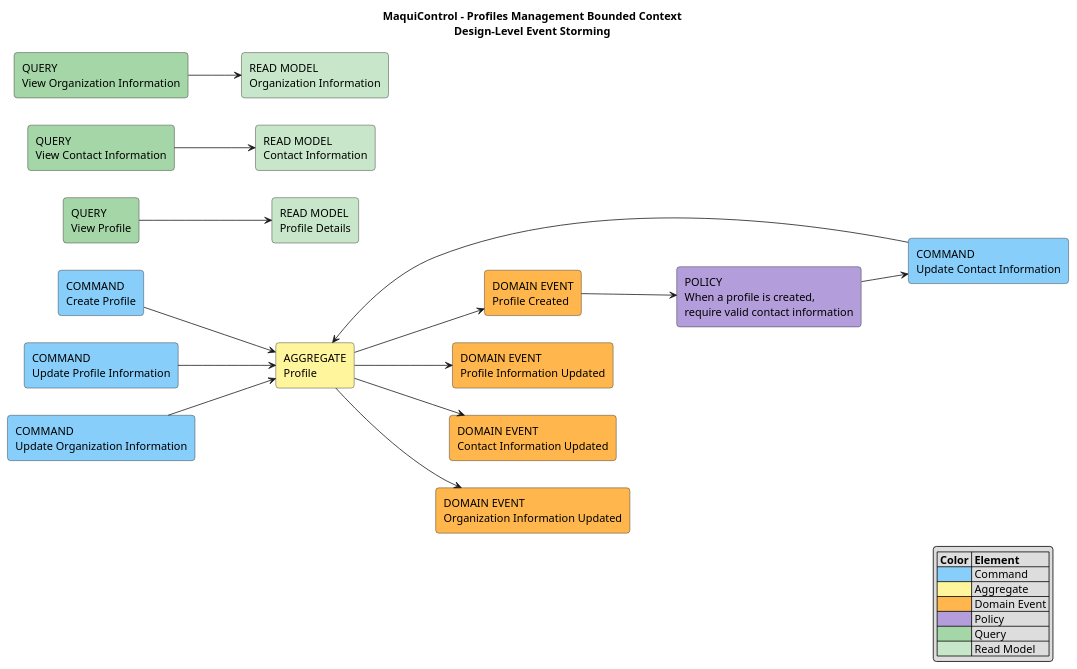
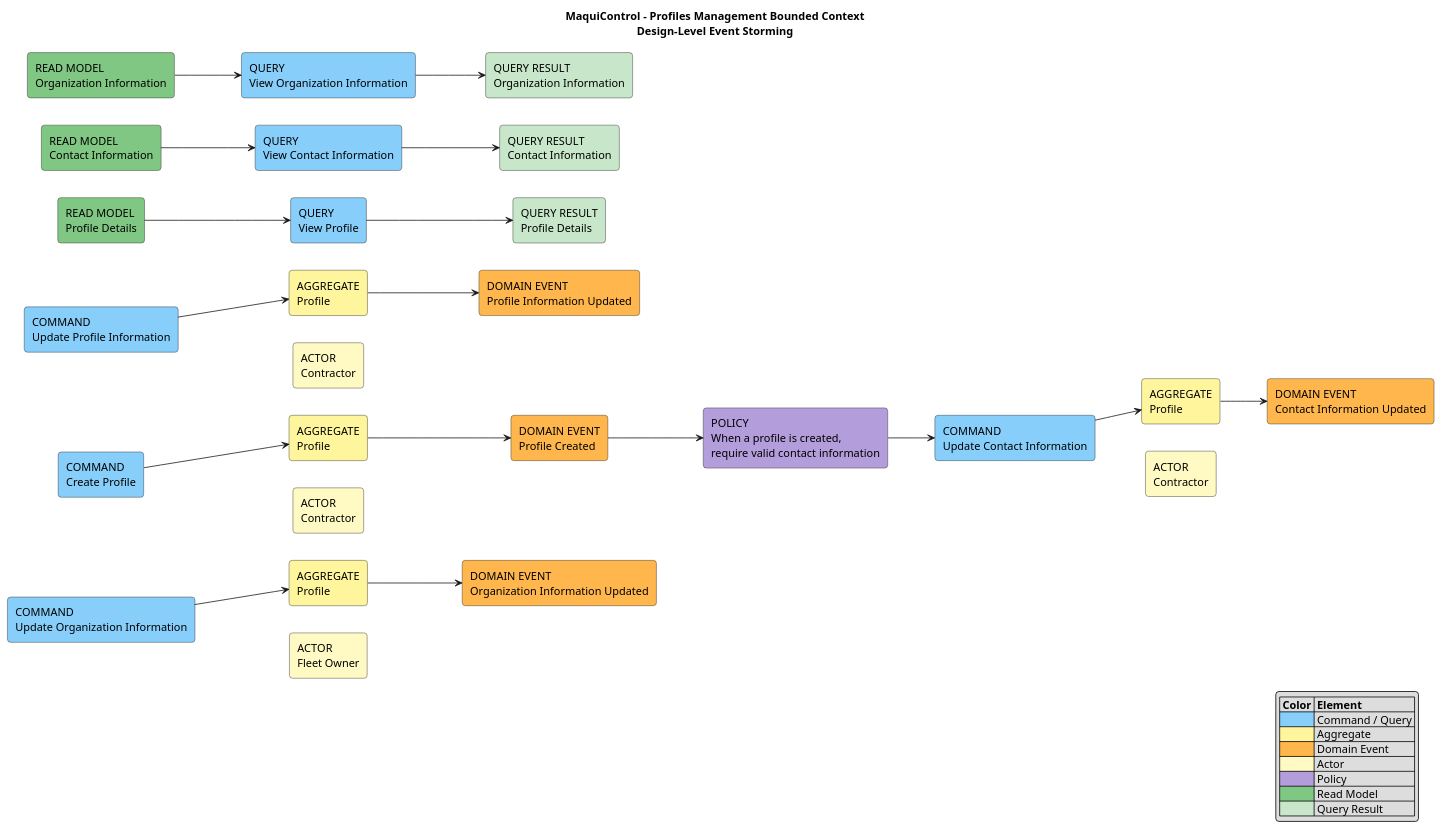
The diagram in docs/architecture/event-storming/profiles-management-design-level.puml (AndesHeavyTech/MaquiControl), drawn with PlantUML before and after one commit. The commit also changed 13 other files, not shown here.

```diff
--- a/docs/architecture/event-storming/profiles-management-design-level.puml
+++ b/docs/architecture/event-storming/profiles-management-design-level.puml
@@ -1,73 +1,90 @@
 @startuml
 title MaquiControl - Profiles Management Bounded Context\nDesign-Level Event Storming
 
 left to right direction
 skinparam shadowing false
 skinparam roundcorner 8
 skinparam defaultFontName Arial
 
 ' =========================
 ' Styles
 ' =========================
 
 rectangle "COMMAND\nCreate Profile" as CMD_CREATE_PROFILE #87CEFA
+rectangle "AGGREGATE\nProfile" as AGG_CREATE_PROFILE #FFF59D
+rectangle "ACTOR\nContractor" as ACT_CREATE_PROFILE #FFF9C4
 rectangle "COMMAND\nUpdate Profile Information" as CMD_UPDATE_PROFILE #87CEFA
+rectangle "AGGREGATE\nProfile" as AGG_UPDATE_PROFILE #FFF59D
+rectangle "ACTOR\nContractor" as ACT_UPDATE_PROFILE #FFF9C4
 rectangle "COMMAND\nUpdate Contact Information" as CMD_UPDATE_CONTACT #87CEFA
+rectangle "AGGREGATE\nProfile" as AGG_UPDATE_CONTACT #FFF59D
+rectangle "ACTOR\nContractor" as ACT_UPDATE_CONTACT #FFF9C4
 rectangle "COMMAND\nUpdate Organization Information" as CMD_UPDATE_ORG #87CEFA
-
-rectangle "AGGREGATE\nProfile" as AGG_PROFILE #FFF59D
+rectangle "AGGREGATE\nProfile" as AGG_UPDATE_ORG #FFF59D
+rectangle "ACTOR\nFleet Owner" as ACT_UPDATE_ORG #FFF9C4
 
 rectangle "DOMAIN EVENT\nProfile Created" as EVT_PROFILE_CREATED #FFB74D
 rectangle "DOMAIN EVENT\nProfile Information Updated" as EVT_PROFILE_UPDATED #FFB74D
 rectangle "DOMAIN EVENT\nContact Information Updated" as EVT_CONTACT_UPDATED #FFB74D
 rectangle "DOMAIN EVENT\nOrganization Information Updated" as EVT_ORG_UPDATED #FFB74D
 
 rectangle "POLICY\nWhen a profile is created,\nrequire valid contact information" as POL_REQUIRE_CONTACT #B39DDB
 
-rectangle "QUERY\nView Profile" as QUERY_PROFILE #A5D6A7
-rectangle "READ MODEL\nProfile Details" as READ_PROFILE #C8E6C9
+rectangle "READ MODEL\nProfile Details" as READ_PROFILE #81C784
+rectangle "QUERY\nView Profile" as QUERY_PROFILE #87CEFA
+rectangle "QUERY RESULT\nProfile Details" as RESULT_PROFILE #C8E6C9
 
-rectangle "QUERY\nView Contact Information" as QUERY_CONTACT #A5D6A7
-rectangle "READ MODEL\nContact Information" as READ_CONTACT #C8E6C9
+rectangle "READ MODEL\nContact Information" as READ_CONTACT #81C784
+rectangle "QUERY\nView Contact Information" as QUERY_CONTACT #87CEFA
+rectangle "QUERY RESULT\nContact Information" as RESULT_CONTACT #C8E6C9
 
-rectangle "QUERY\nView Organization Information" as QUERY_ORG #A5D6A7
-rectangle "READ MODEL\nOrganization Information" as READ_ORG #C8E6C9
+rectangle "READ MODEL\nOrganization Information" as READ_ORG #81C784
+rectangle "QUERY\nView Organization Information" as QUERY_ORG #87CEFA
+rectangle "QUERY RESULT\nOrganization Information" as RESULT_ORG #C8E6C9
 
 ' =========================
 ' Commands -> Aggregate -> Events
 ' =========================
 
-CMD_CREATE_PROFILE --> AGG_PROFILE
-AGG_PROFILE --> EVT_PROFILE_CREATED
+CMD_CREATE_PROFILE --> AGG_CREATE_PROFILE
+AGG_CREATE_PROFILE --> EVT_PROFILE_CREATED
+ACT_CREATE_PROFILE -[hidden]up-> CMD_CREATE_PROFILE
 
-CMD_UPDATE_PROFILE --> AGG_PROFILE
-AGG_PROFILE --> EVT_PROFILE_UPDATED
+CMD_UPDATE_PROFILE --> AGG_UPDATE_PROFILE
+AGG_UPDATE_PROFILE --> EVT_PROFILE_UPDATED
+ACT_UPDATE_PROFILE -[hidden]up-> CMD_UPDATE_PROFILE
 
-CMD_UPDATE_CONTACT --> AGG_PROFILE
-AGG_PROFILE --> EVT_CONTACT_UPDATED
+CMD_UPDATE_CONTACT --> AGG_UPDATE_CONTACT
+AGG_UPDATE_CONTACT --> EVT_CONTACT_UPDATED
+ACT_UPDATE_CONTACT -[hidden]up-> CMD_UPDATE_CONTACT
 
-CMD_UPDATE_ORG --> AGG_PROFILE
-AGG_PROFILE --> EVT_ORG_UPDATED
+CMD_UPDATE_ORG --> AGG_UPDATE_ORG
+AGG_UPDATE_ORG --> EVT_ORG_UPDATED
+ACT_UPDATE_ORG -[hidden]up-> CMD_UPDATE_ORG
 
 EVT_PROFILE_CREATED --> POL_REQUIRE_CONTACT
 POL_REQUIRE_CONTACT --> CMD_UPDATE_CONTACT
 
 ' =========================
 ' Queries -> Read Models
 ' =========================
 
-QUERY_PROFILE --> READ_PROFILE
-QUERY_CONTACT --> READ_CONTACT
-QUERY_ORG --> READ_ORG
+READ_PROFILE --> QUERY_PROFILE
+QUERY_PROFILE --> RESULT_PROFILE
+READ_CONTACT --> QUERY_CONTACT
+QUERY_CONTACT --> RESULT_CONTACT
+READ_ORG --> QUERY_ORG
+QUERY_ORG --> RESULT_ORG
 
 legend right
 |= Color |= Element |
-|<#87CEFA>| Command |
+|<#87CEFA>| Command / Query |
 |<#FFF59D>| Aggregate |
 |<#FFB74D>| Domain Event |
+|<#FFF9C4>| Actor |
 |<#B39DDB>| Policy |
-|<#A5D6A7>| Query |
-|<#C8E6C9>| Read Model |
+|<#81C784>| Read Model |
+|<#C8E6C9>| Query Result |
 endlegend
 
 @enduml
```
